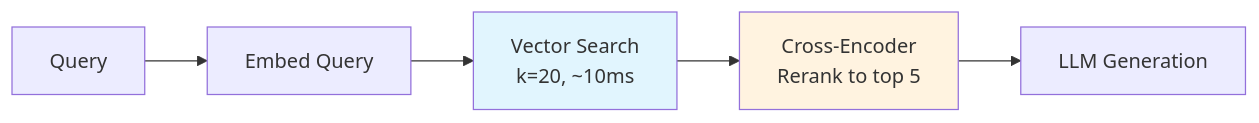
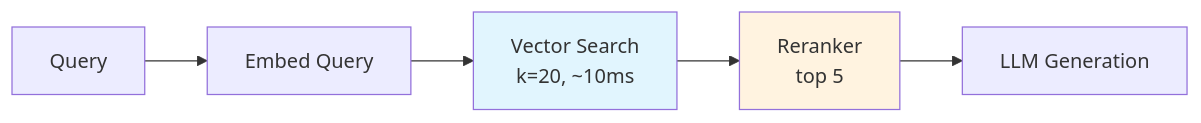
One commit to agapestack/research-assistant changed the first of 2 diagrams in docs/pipeline/retrieval.md. Above: the diagram before and after it, drawn with Mermaid. The commit also changed other lines of this file and 9 other files, not shown here.

````diff
--- a/docs/pipeline/retrieval.md
+++ b/docs/pipeline/retrieval.md
@@ -9,10 +9,10 @@
 ```mermaid
 flowchart LR
     Q[Query] --> E[Embed Query]
     E --> VS[Vector Search<br/>k=20, ~10ms]
-    VS --> RR[Cross-Encoder<br/>Rerank to top 5]
+    VS --> RR[Reranker<br/>top 5]
     RR --> LLM[LLM Generation]
 
     style VS fill:#e1f5fe
     style RR fill:#fff3e0
 ```
````
